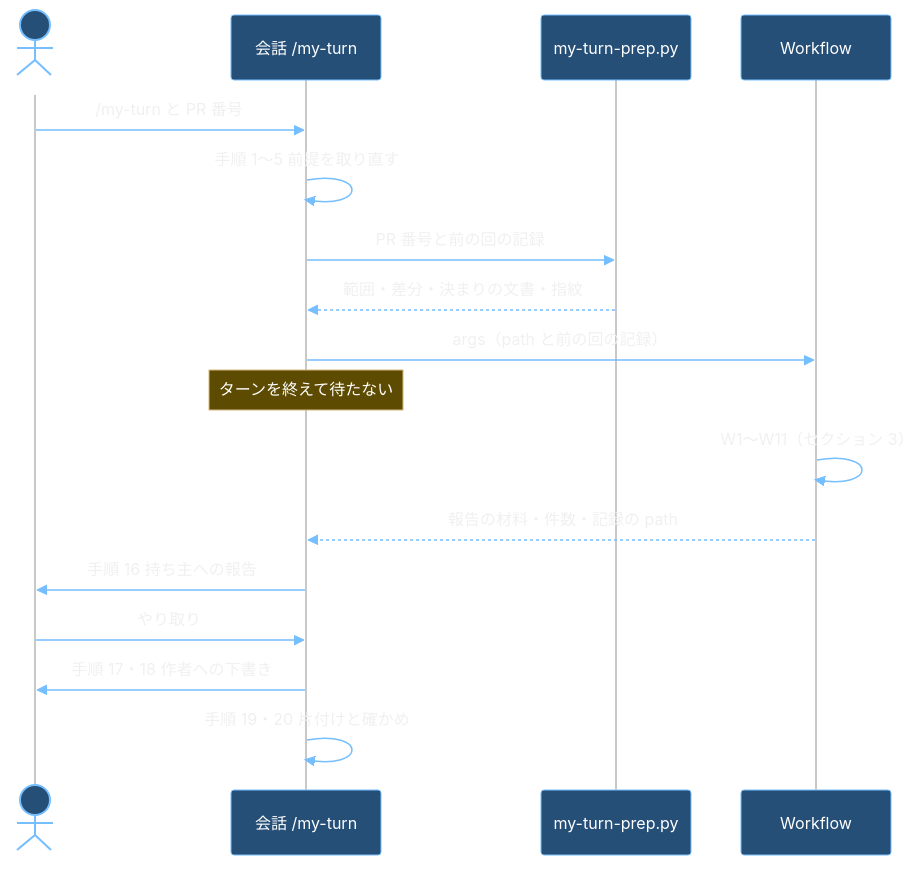
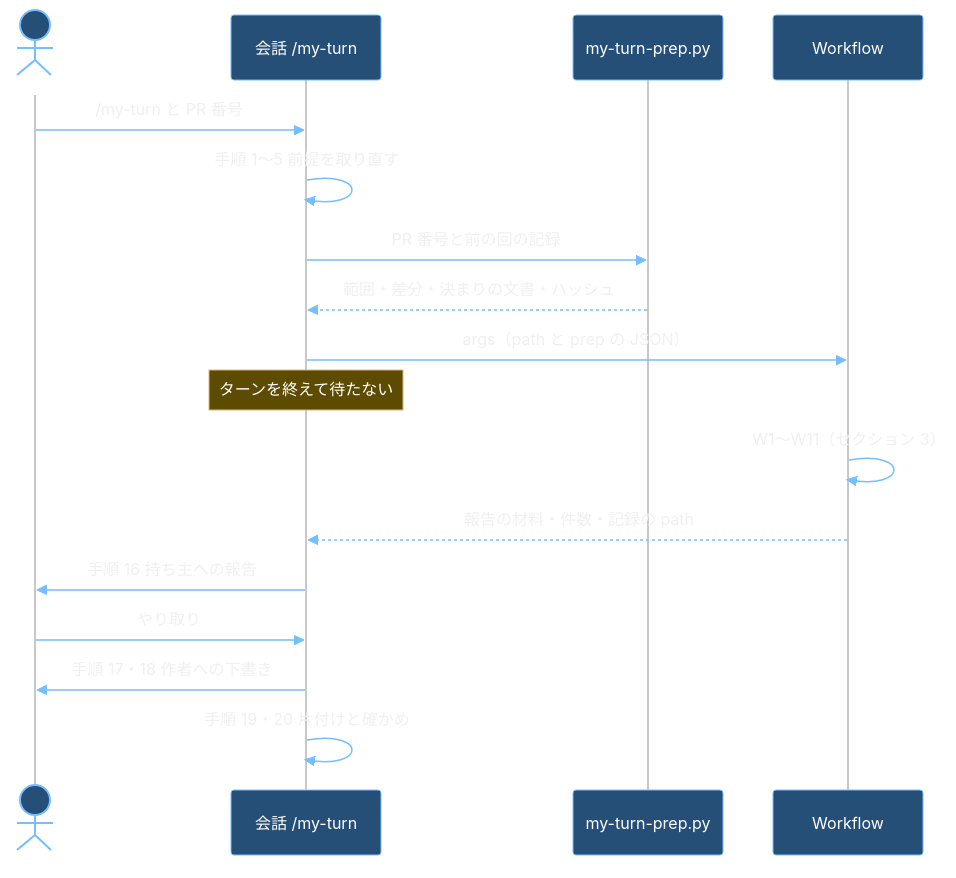
Before and after one commit to raiki61/claude-plugins: the first of 6 diagrams in attention/docs/my-turn-workflow-design.md, drawn with Mermaid. The commit also changed other lines of this file and 2 other files, not shown here.

````diff
--- a/attention/docs/my-turn-workflow-design.md
+++ b/attention/docs/my-turn-workflow-design.md
@@ -60,20 +75,20 @@
 ```mermaid
 %%{init: {"theme":"base","themeVariables":{"darkMode":true,"background":"#1e1e1e","fontSize":"15px","primaryColor":"#264f78","primaryTextColor":"#ffffff","primaryBorderColor":"#75beff","secondaryColor":"#3a3d41","tertiaryColor":"#2d2d30","lineColor":"#75beff","textColor":"#f0f0f0","titleColor":"#ffffff","clusterBkg":"#252526","clusterBorder":"#c8c8c8","edgeLabelBackground":"#3c3c3c","nodeTextColor":"#ffffff","actorBkg":"#264f78","actorBorder":"#75beff","actorTextColor":"#ffffff","actorLineColor":"#c8c8c8","signalColor":"#75beff","signalTextColor":"#f0f0f0","noteBkgColor":"#5c4b00","noteTextColor":"#ffffff","noteBorderColor":"#d7ba7d","labelBoxBkgColor":"#264f78","labelTextColor":"#ffffff","loopTextColor":"#f0f0f0","sequenceNumberColor":"#ffffff"}}}%%
 sequenceDiagram
   actor O as 持ち主
   participant C as 会話 /my-turn
   participant P as my-turn-prep.py
   participant W as Workflow
   O->>C: /my-turn と PR 番号
   C->>C: 手順 1〜5 前提を取り直す
   C->>P: PR 番号と前の回の記録
-  P-->>C: 範囲・差分・決まりの文書・指紋
-  C->>W: args（path と前の回の記録）
+  P-->>C: 範囲・差分・決まりの文書・ハッシュ
+  C->>W: args（path と prep の JSON）
   Note over C: ターンを終えて待たない
   W->>W: W1〜W11（セクション 3）
   W-->>C: 報告の材料・件数・記録の path
   C->>O: 手順 16 持ち主への報告
   O->>C: やり取り
   C->>O: 手順 17・18 作者への下書き
   C->>C: 手順 19・20 片付けと確かめ
 ```
````
